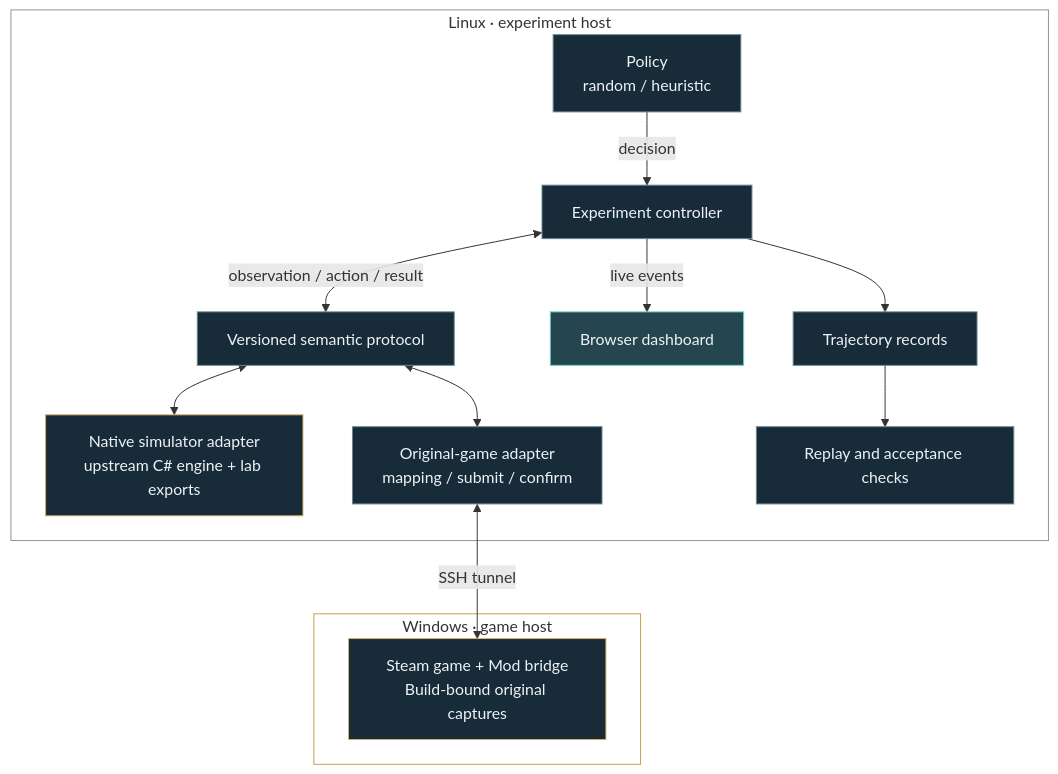
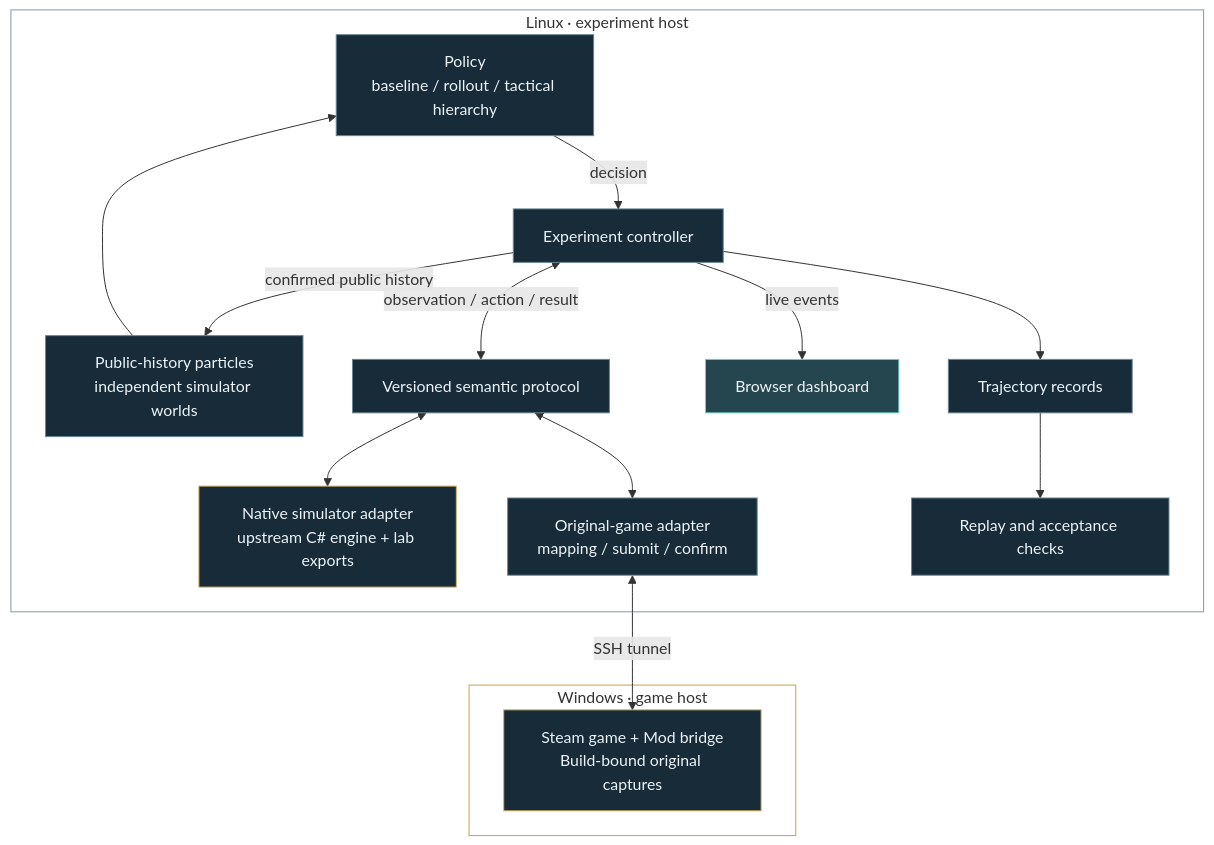
One commit to Lidz-abel/Spire2Lab changed the diagram in README.md. Above: the diagram before and after it, drawn with Mermaid. The commit also changed other lines of this file and 19 other files, not shown here.

Commit message:
feat: add observable-history rollout search and tactical hierarchy

````diff
--- a/README.md
+++ b/README.md
@@ -50,23 +52,25 @@
 ```mermaid
 flowchart TB
     subgraph linux["Linux · experiment host"]
-        P["Policy<br/>random / heuristic"] -->|decision| R["Experiment controller"]
+        P["Policy<br/>baseline / rollout / tactical hierarchy"] -->|decision| R["Experiment controller"]
+        B["Public-history particles<br/>independent simulator worlds"] --> P
+        R -->|confirmed public history| B
         R <-->|observation / action / result| C["Versioned semantic protocol"]
         C <--> S["Native simulator adapter<br/>upstream C# engine + lab exports"]
         C <--> O["Original-game adapter<br/>mapping / submit / confirm"]
         R -->|live events| D["Browser dashboard"]
         R --> T["Trajectory records"]
         T --> V["Replay and acceptance checks"]
     end
     subgraph windows["Windows · game host"]
         G["Steam game + Mod bridge<br/>Build-bound original captures"]
     end
     O <-->|SSH tunnel| G
     classDef default fill:#172B38,stroke:#688592,color:#EDF3F7
     classDef observed fill:#25464E,stroke:#6ECFC8,color:#EDF3F7
     classDef game fill:#172B38,stroke:#D5B168,color:#EDF3F7
     class D observed
     class S,G game
     style linux fill:transparent,stroke:#8397A2
     style windows fill:transparent,stroke:#C69E51
 ```
````
